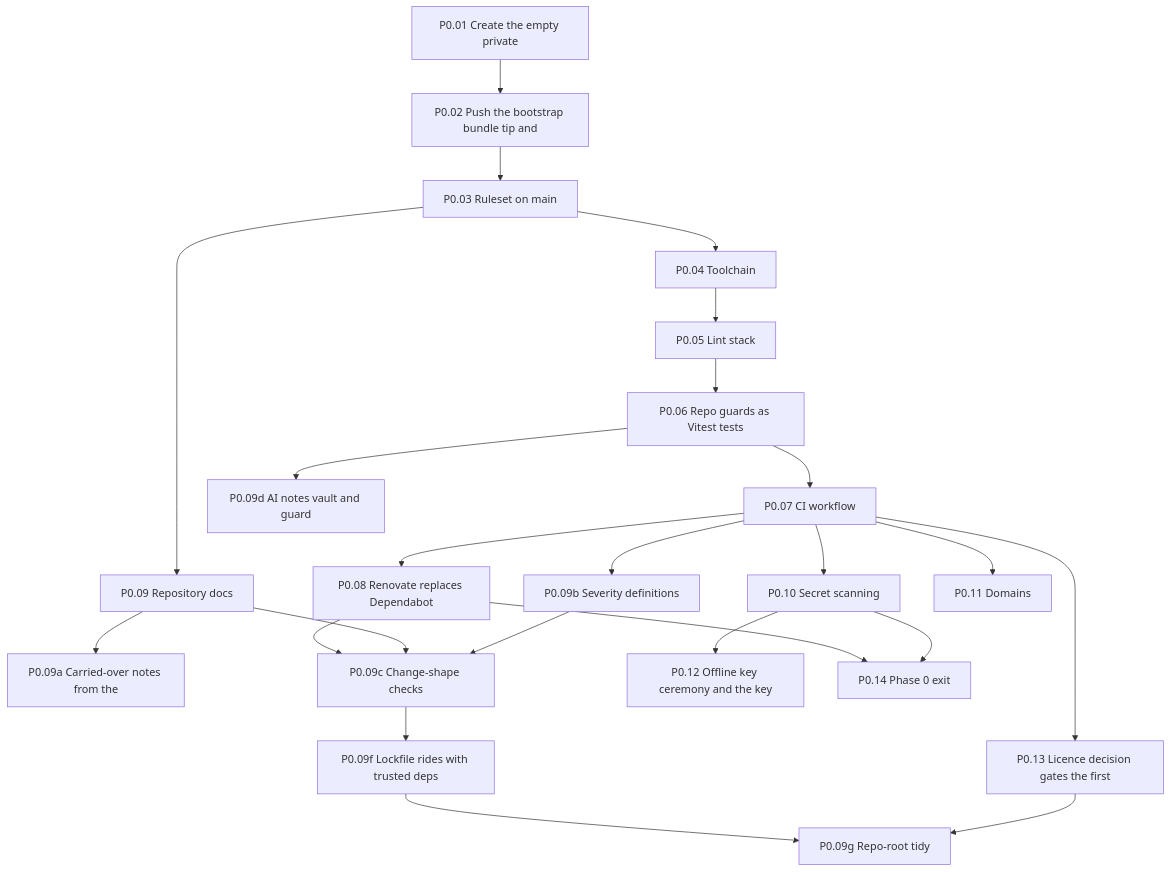
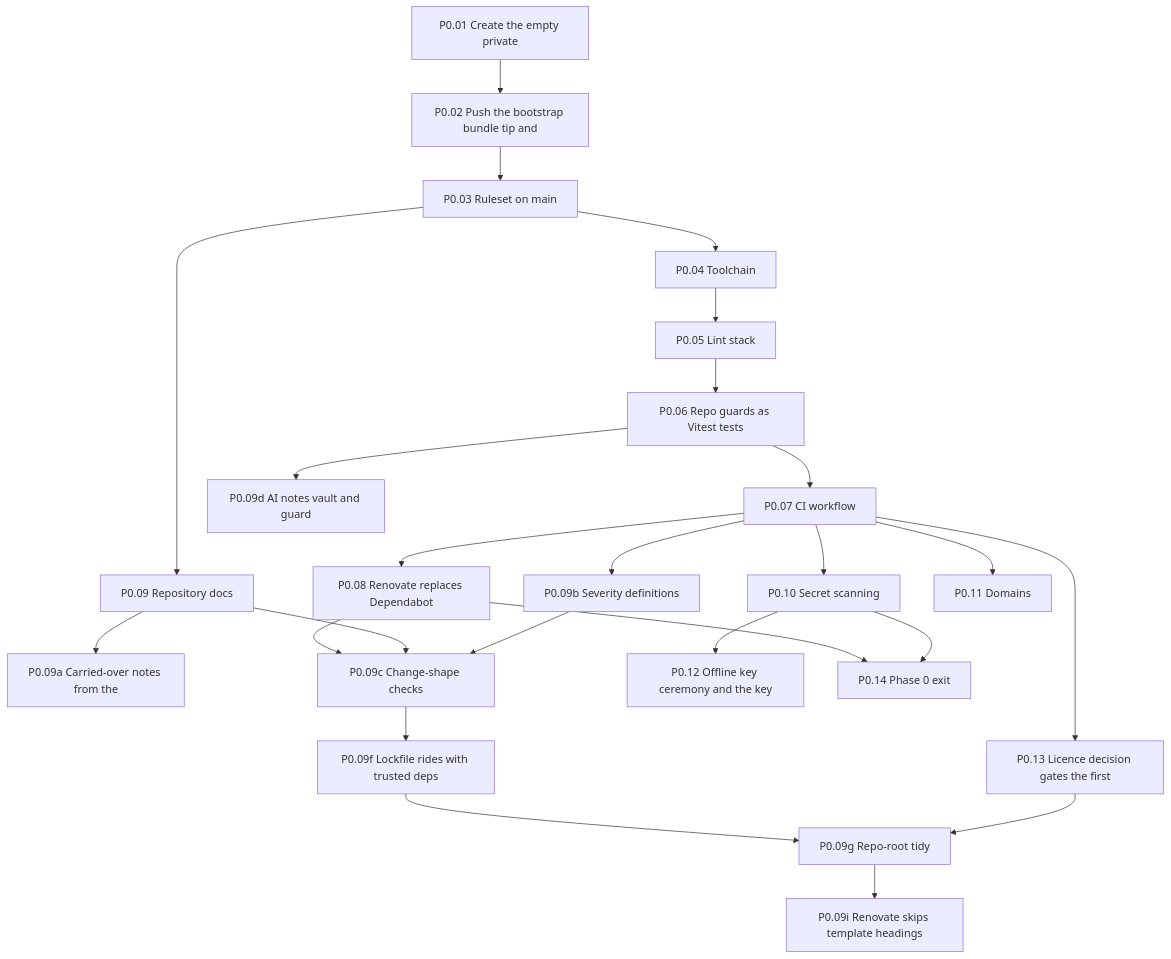
Before and after one commit to Undefined6799/unset: the first of 11 diagrams in docs/ai/book/01-outline.md, drawn with Mermaid. The commit also changed other lines of this file and 2 other files, not shown here.

````diff
--- a/docs/ai/book/01-outline.md
+++ b/docs/ai/book/01-outline.md
@@ -51,46 +52,48 @@
 ```mermaid
 flowchart TD
   P0_01["P0.01 Create the empty private"]
   P0_02["P0.02 Push the bootstrap bundle tip and"]
   P0_03["P0.03 Ruleset on main"]
   P0_04["P0.04 Toolchain"]
   P0_05["P0.05 Lint stack"]
   P0_06["P0.06 Repo guards as Vitest tests"]
   P0_07["P0.07 CI workflow"]
   P0_08["P0.08 Renovate replaces Dependabot"]
   P0_09["P0.09 Repository docs"]
   P0_09a["P0.09a Carried-over notes from the"]
   P0_09b["P0.09b Severity definitions"]
   P0_09c["P0.09c Change-shape checks"]
   P0_09d["P0.09d AI notes vault and guard"]
   P0_09f["P0.09f Lockfile rides with trusted deps"]
   P0_09g["P0.09g Repo-root tidy"]
+  P0_09i["P0.09i Renovate skips template headings"]
   P0_10["P0.10 Secret scanning"]
   P0_11["P0.11 Domains"]
   P0_12["P0.12 Offline key ceremony and the key"]
   P0_13["P0.13 Licence decision gates the first"]
   P0_14["P0.14 Phase 0 exit"]
   P0_01 --> P0_02
   P0_02 --> P0_03
   P0_03 --> P0_04
   P0_04 --> P0_05
   P0_05 --> P0_06
   P0_06 --> P0_07
   P0_07 --> P0_08
   P0_03 --> P0_09
   P0_09 --> P0_09a
   P0_07 --> P0_09b
   P0_08 --> P0_09c
   P0_09 --> P0_09c
   P0_09b --> P0_09c
   P0_06 --> P0_09d
   P0_09c --> P0_09f
   P0_09f --> P0_09g
   P0_13 --> P0_09g
+  P0_09g --> P0_09i
   P0_07 --> P0_10
   P0_07 --> P0_11
   P0_10 --> P0_12
   P0_07 --> P0_13
   P0_08 --> P0_14
   P0_10 --> P0_14
 ```
````
